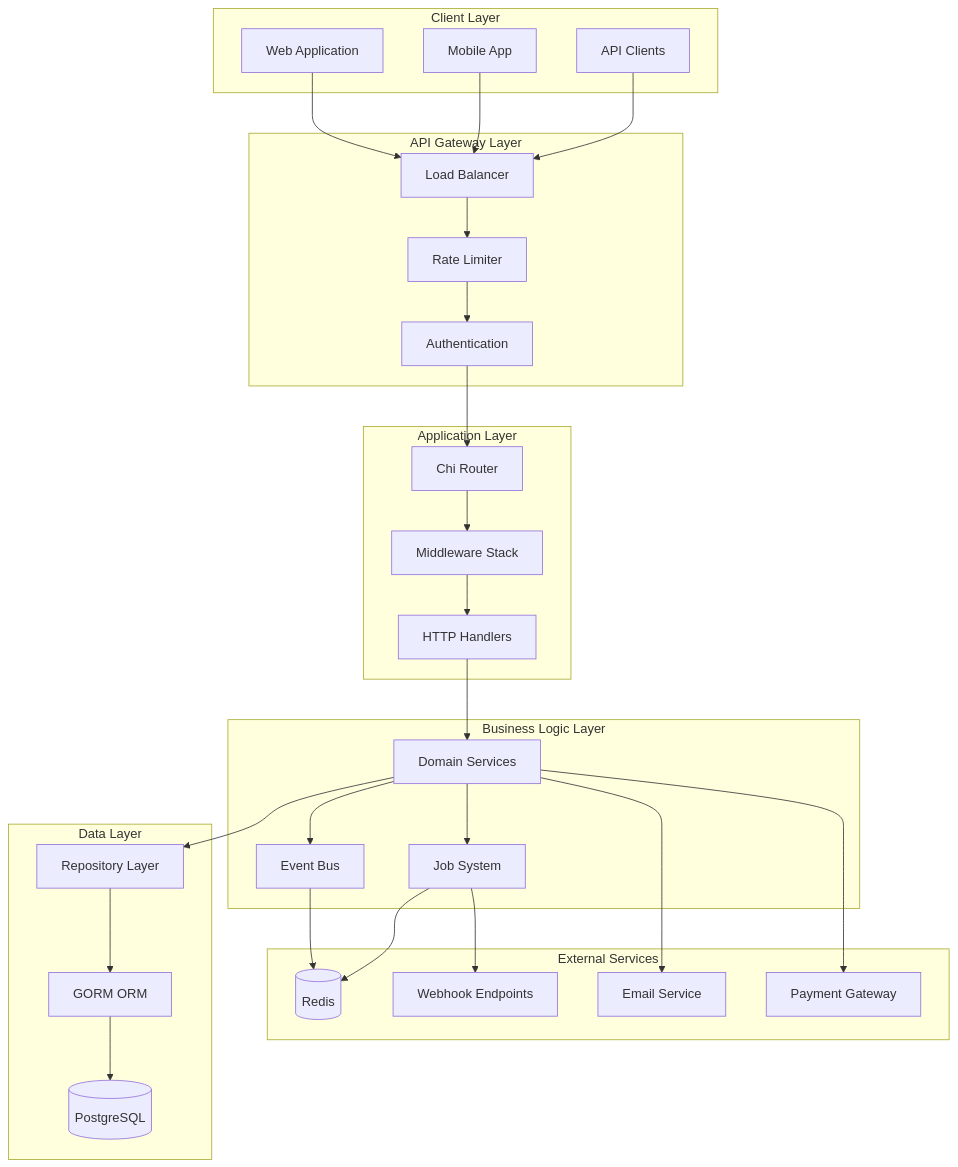
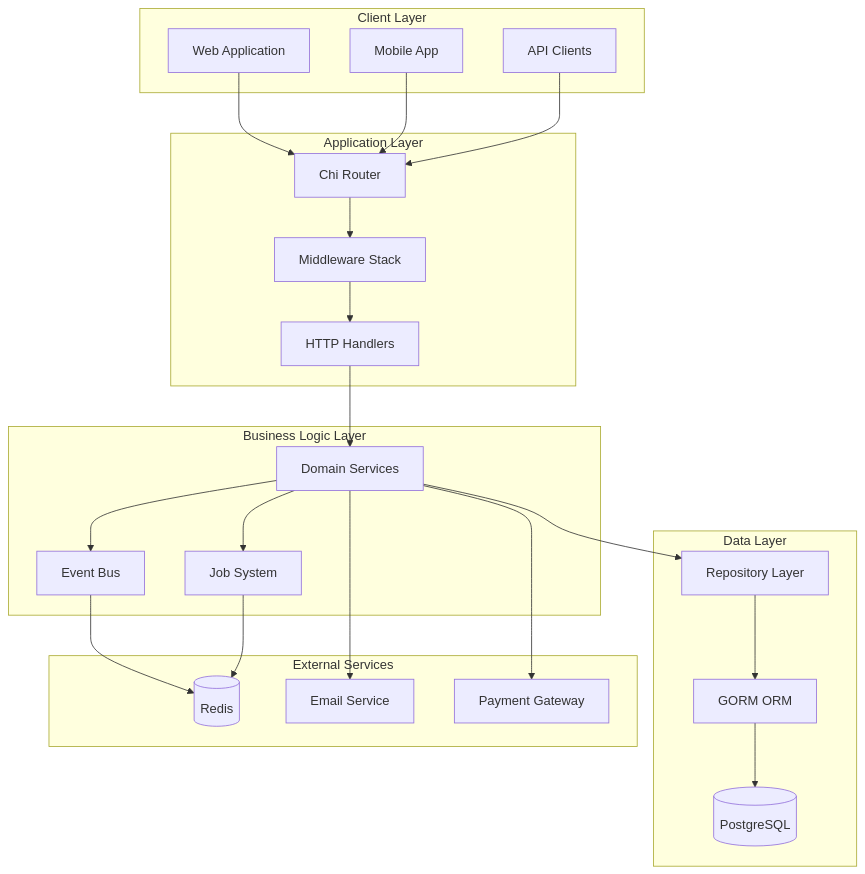
Before and after one commit to edsonmichaque/bazaruto: the diagram in docs/architecture.md, drawn with Mermaid. The commit also changed other lines of this file and 5 other files, not shown here.

````diff
--- a/docs/architecture.md
+++ b/docs/architecture.md
@@ -9,64 +7,50 @@
 ```mermaid
 graph TB
     subgraph "Client Layer"
         WEB[Web Application]
         MOBILE[Mobile App]
         API_CLIENT[API Clients]
-    end
-    
-    subgraph "API Gateway Layer"
-        LB[Load Balancer]
-        RATE_LIMIT[Rate Limiter]
-        AUTH[Authentication]
     end
     
     subgraph "Application Layer"
         ROUTER[Chi Router]
         MIDDLEWARE[Middleware Stack]
         HANDLERS[HTTP Handlers]
     end
     
     subgraph "Business Logic Layer"
         SERVICES[Domain Services]
         EVENTS[Event Bus]
         JOBS[Job System]
     end
     
     subgraph "Data Layer"
         STORE[Repository Layer]
         GORM[GORM ORM]
         DB[(PostgreSQL)]
     end
     
     subgraph "External Services"
         REDIS[(Redis)]
         SMTP[Email Service]
         PAYMENT[Payment Gateway]
-        WEBHOOK[Webhook Endpoints]
     end
     
-    WEB --> LB
-    MOBILE --> LB
-    API_CLIENT --> LB
-    
-    LB --> RATE_LIMIT
-    RATE_LIMIT --> AUTH
-    AUTH --> ROUTER
+    WEB --> ROUTER
+    MOBILE --> ROUTER
+    API_CLIENT --> ROUTER
     
     ROUTER --> MIDDLEWARE
     MIDDLEWARE --> HANDLERS
-    
     HANDLERS --> SERVICES
     SERVICES --> STORE
-    SERVICES --> EVENTS
-    SERVICES --> JOBS
-    
     STORE --> GORM
     GORM --> DB
     
+    SERVICES --> EVENTS
+    SERVICES --> JOBS
     EVENTS --> REDIS
     JOBS --> REDIS
     SERVICES --> SMTP
     SERVICES --> PAYMENT
-    JOBS --> WEBHOOK
 ```
````
